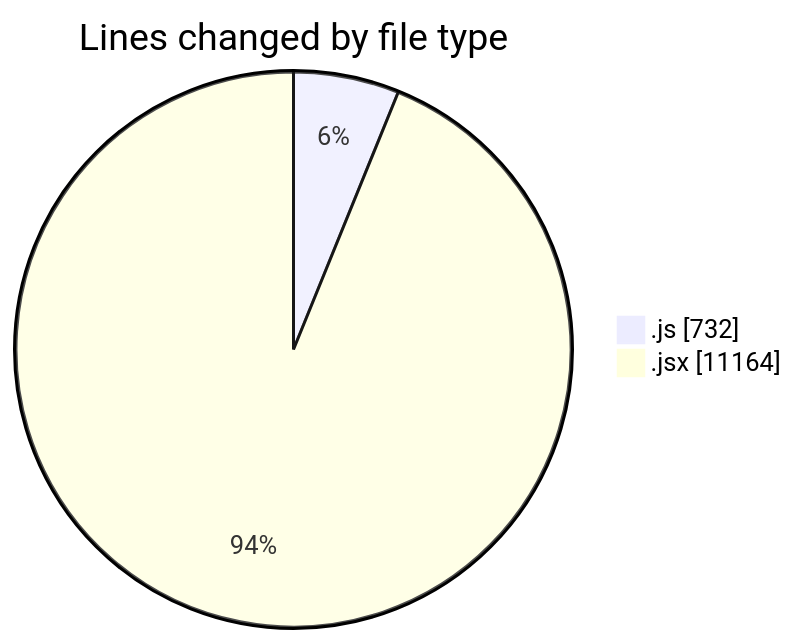
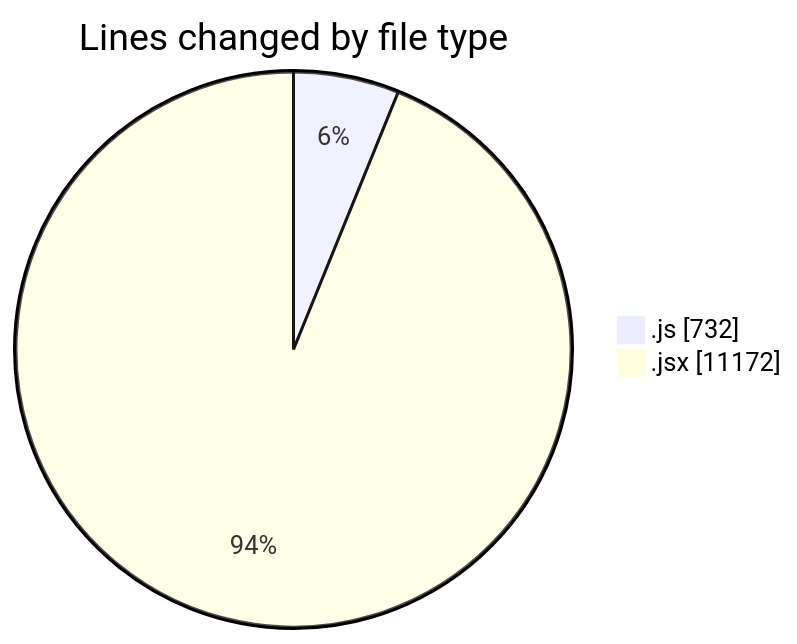
Before and after one commit to nxtqubesakshisongat/code-tracking: the first of 2 diagrams in 2025-07-28/nxtqube_webapp/README.md, drawn with Mermaid. The commit also changed other lines of this file and 1 other file, not shown here.

````diff
--- a/2025-07-28/nxtqube_webapp/README.md
+++ b/2025-07-28/nxtqube_webapp/README.md
@@ -47,6 +47,6 @@
 ```mermaid
 pie showData
 title Lines changed by file type
 ".js" : 732
-".jsx" : 11164
+".jsx" : 11172
 ```
````
